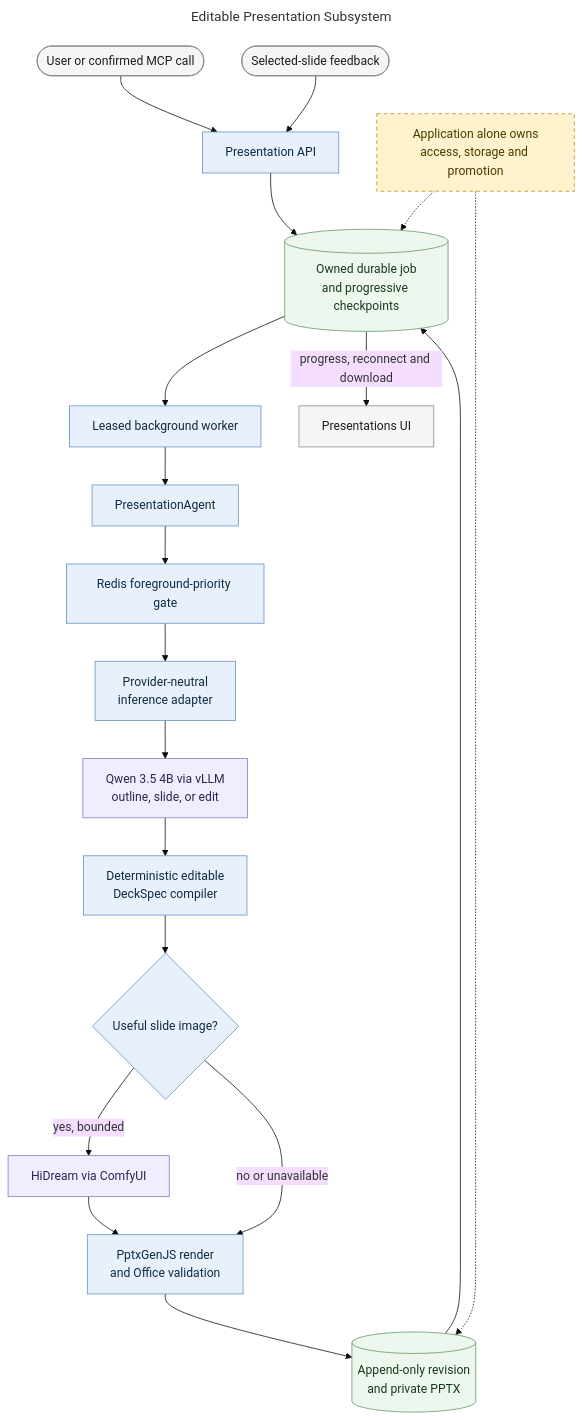
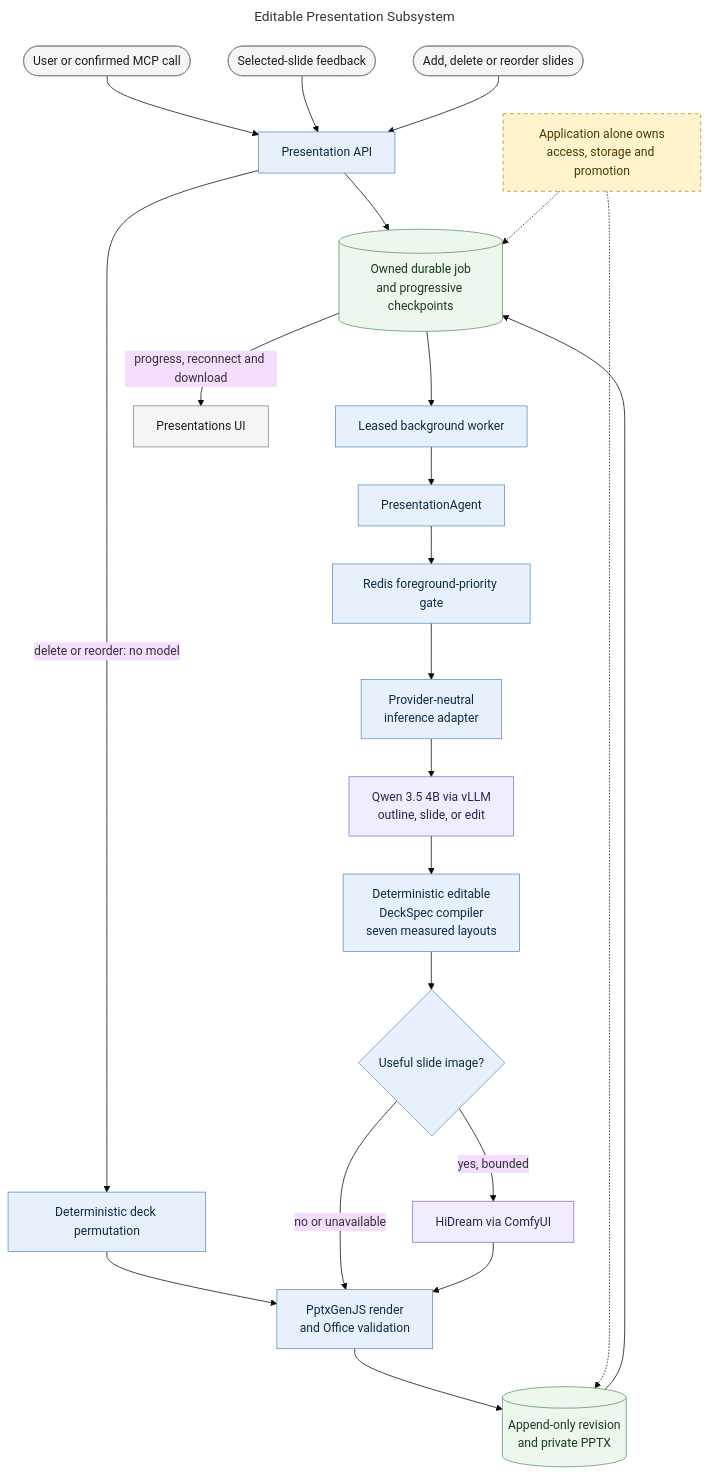
The diagram in docs/diagrams/presentation-subsystem.mmd (MallyaAni/PersonalAssistant), drawn with Mermaid (base theme) before and after one commit. The commit also changed 17 other files, not shown here.

```diff
--- a/docs/diagrams/presentation-subsystem.mmd
+++ b/docs/diagrams/presentation-subsystem.mmd
@@ -1,35 +1,38 @@
 ---
 title: Editable Presentation Subsystem
 ---
 flowchart TB
     User([User or confirmed MCP call]) --> API[Presentation API]
     Feedback([Selected-slide feedback]) --> API
+    Structure([Add, delete or reorder slides]) --> API
     API --> Job[(Owned durable job<br/>and progressive checkpoints)]
     Job --> Worker[Leased background worker]
     Worker --> Agent[PresentationAgent]
     Agent --> Gate[Redis foreground-priority gate]
     Gate --> Inference[Provider-neutral<br/>inference adapter]
     Inference --> Qwen[Qwen 3.5 4B via vLLM<br/>outline, slide, or edit]
-    Qwen --> Compiler[Deterministic editable<br/>DeckSpec compiler]
+    Qwen --> Compiler[Deterministic editable<br/>DeckSpec compiler<br/>seven measured layouts]
+    API -->|delete or reorder: no model| Permute[Deterministic deck permutation]
+    Permute --> Render
     Compiler --> Visuals{Useful slide image?}
     Visuals -->|yes, bounded| HiDream[HiDream via ComfyUI]
     Visuals -->|no or unavailable| Render
     HiDream --> Render[PptxGenJS render<br/>and Office validation]
     Render --> Revision[(Append-only revision<br/>and private PPTX)]
     Revision --> Job
     Job -->|progress, reconnect and download| UI[Presentations UI]
 
     Boundary[Application alone owns<br/>access, storage and promotion]
     Boundary -.-> Job
     Boundary -.-> Revision
 
     classDef interface fill:#f5f5f7,stroke:#86868b,color:#1d1d1f;
     classDef application fill:#e8f1fb,stroke:#5e8fc4,color:#102a43;
     classDef data fill:#eef7ee,stroke:#5f9562,color:#183b1b;
     classDef external fill:#f1edff,stroke:#8872c6,color:#2e2450;
     classDef warning fill:#fff3cd,stroke:#b78b20,color:#4d3900,stroke-dasharray:5 4;
-    class User,UI,Feedback interface;
-    class API,Worker,Agent,Gate,Inference,Compiler,Visuals,Render application;
+    class User,UI,Feedback,Structure interface;
+    class API,Worker,Agent,Gate,Inference,Compiler,Permute,Visuals,Render application;
     class Job,Revision data;
     class Qwen,HiDream external;
     class Boundary warning;
```
